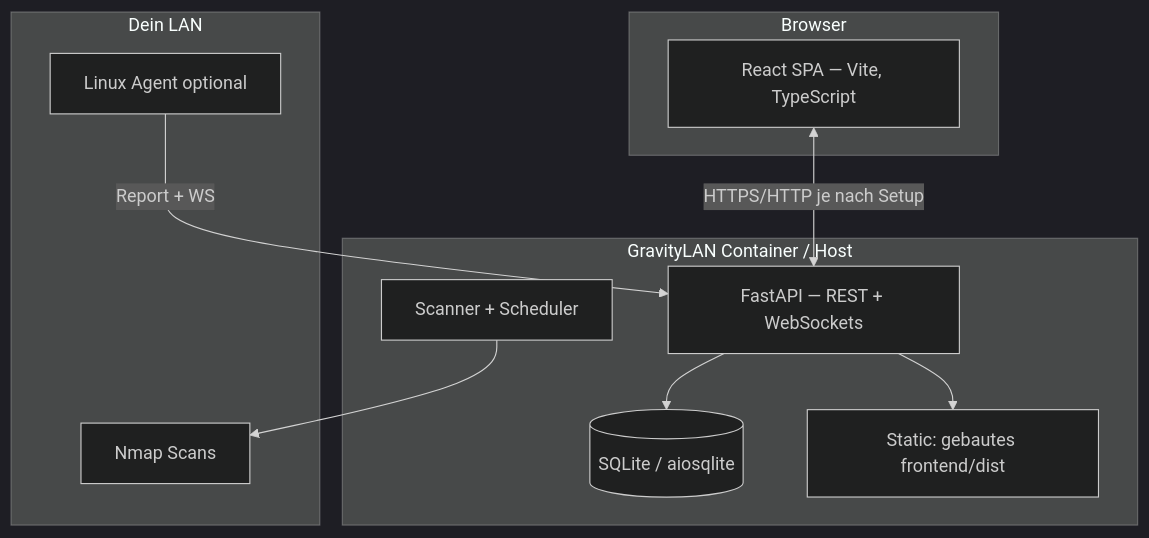
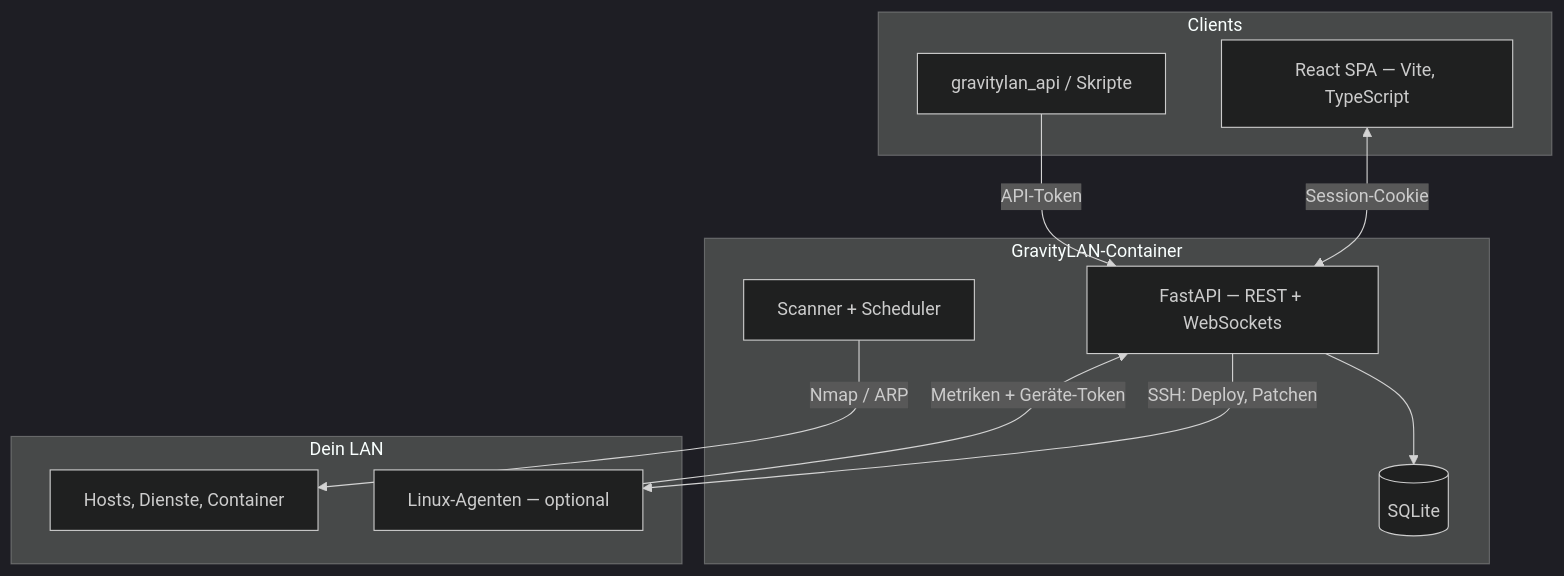
One commit to SleeperXr/GravityLAN changed the second of 2 diagrams in README.md. Above: the diagram before and after it, drawn with Mermaid (dark theme). The commit also changed other lines of this file, not shown here.

````diff
--- a/README.md
+++ b/README.md
@@ -289,21 +332,22 @@
 ```mermaid
 flowchart TB
-  subgraph client [Browser]
+  subgraph client [Clients]
     SPA[React SPA — Vite, TypeScript]
+    PY[gravitylan_api / Skripte]
   end
-  subgraph server [GravityLAN Container / Host]
+  subgraph server [GravityLAN-Container]
     API[FastAPI — REST + WebSockets]
     SC[Scanner + Scheduler]
-    DB[(SQLite / aiosqlite)]
-    ST[Static: gebautes frontend/dist]
+    DB[(SQLite)]
   end
   subgraph lan [Dein LAN]
-    NM[Nmap Scans]
-    AG[Linux Agent optional]
+    HOSTS[Hosts, Dienste, Container]
+    AG[Linux-Agenten — optional]
   end
-  SPA <-->|HTTPS/HTTP je nach Setup| API
+  SPA <-->|Session-Cookie| API
+  PY -->|API-Token| API
   API --> DB
-  API --> ST
-  SC --> NM
-  AG -->|Report + WS| API
+  SC -->|Nmap / ARP| HOSTS
+  AG -->|Metriken + Geräte-Token| API
+  API -->|SSH: Deploy, Patchen| AG
 ```
````
